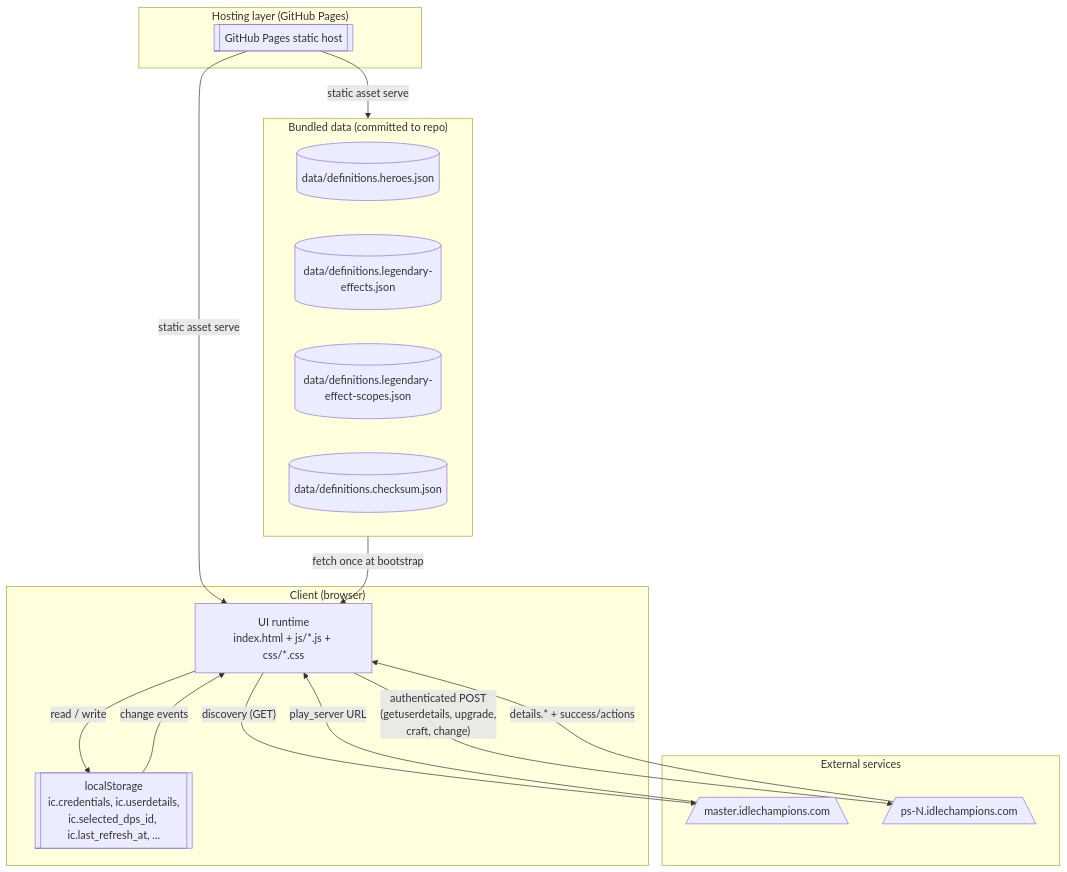
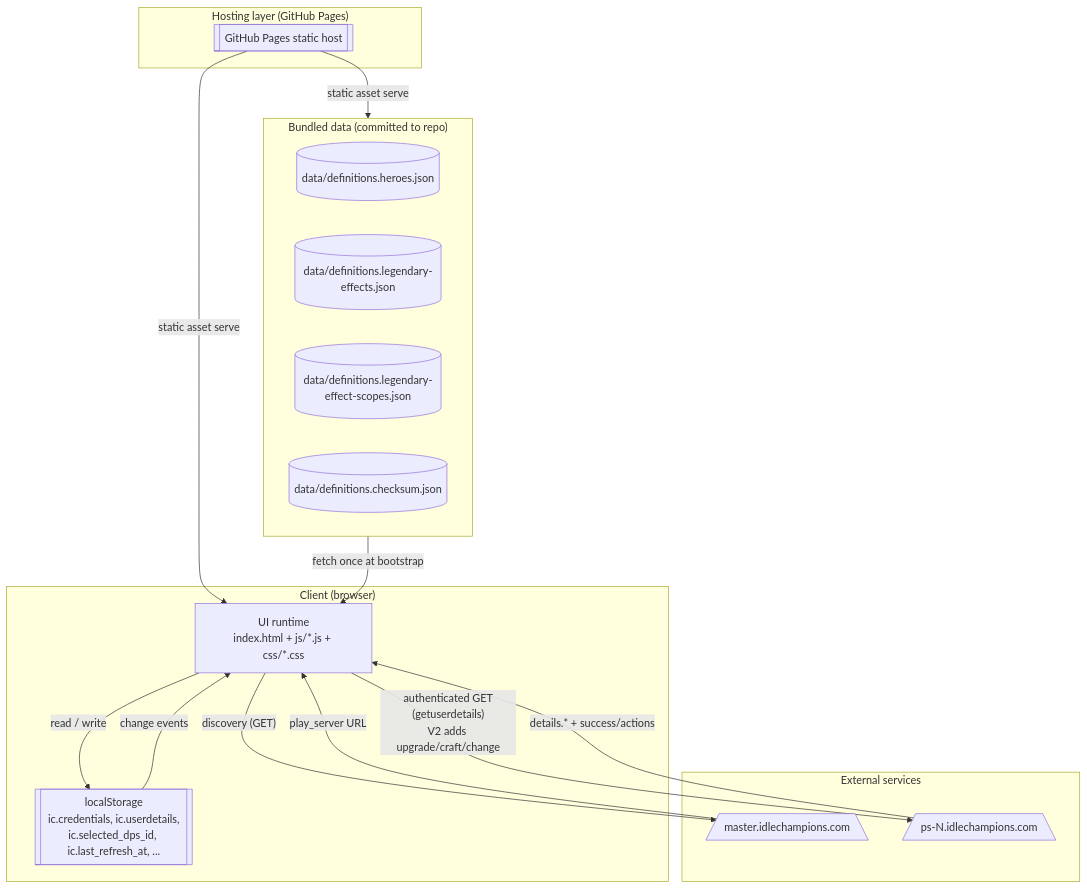
The first of 4 diagrams in docs/tech-design-legendary.md (chetanddesai/idle-champs), drawn with Mermaid before and after one commit. The commit also changed other lines of this file and 8 other files, not shown here.

````diff
--- a/docs/tech-design-legendary.md
+++ b/docs/tech-design-legendary.md
@@ -138,33 +140,33 @@
 ```mermaid
 flowchart TB
     subgraph Hosting["Hosting layer (GitHub Pages)"]
         GHP[["GitHub Pages static host"]]
     end
 
     subgraph Client["Client (browser)"]
         UI["UI runtime<br/>index.html + js/*.js + css/*.css"]
         LS[["localStorage<br/>ic.credentials, ic.userdetails,<br/>ic.selected_dps_id, ic.last_refresh_at, ..."]]
     end
 
     subgraph External["External services"]
         Master[/master.idlechampions.com\]
         Play[/ps-N.idlechampions.com\]
     end
 
     subgraph Bundled["Bundled data (committed to repo)"]
         Heroes[("data/definitions.heroes.json")]
         Effects[("data/definitions.legendary-effects.json")]
         Scopes[("data/definitions.legendary-effect-scopes.json")]
         Checksum[("data/definitions.checksum.json")]
     end
 
     GHP -- "static asset serve" --> UI
     GHP -- "static asset serve" --> Bundled
     UI -- "read / write" --> LS
     LS -- "change events" --> UI
     UI -- "discovery (GET)" --> Master
     Master -- "play_server URL" --> UI
-    UI -- "authenticated POST<br/>(getuserdetails, upgrade,<br/>craft, change)" --> Play
+    UI -- "authenticated GET<br/>(getuserdetails)<br/>V2 adds upgrade/craft/change" --> Play
     Play -- "details.* + success/actions" --> UI
     Bundled -- "fetch once at bootstrap" --> UI
 ```
````
